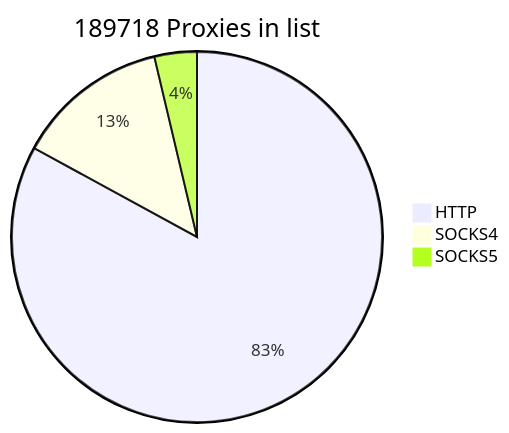
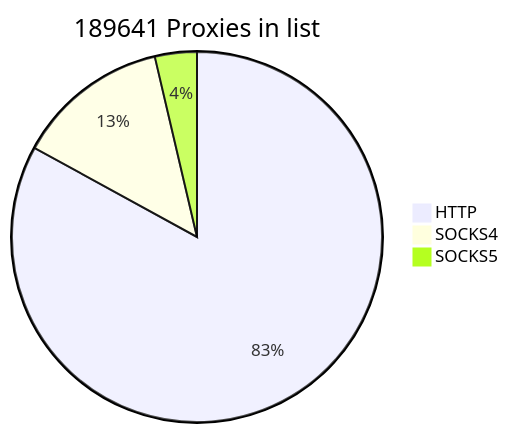
The first of 2 diagrams in README.md (cutipu/proxylist), drawn with Mermaid before and after one commit. The commit also changed other lines of this file, not shown here.

````diff
--- a/README.md
+++ b/README.md
@@ -2,7 +2,7 @@
 ```mermaid
-pie title 189718 Proxies in list
+pie title 189641 Proxies in list
     "HTTP" : 157370
     "SOCKS4" : 25332
-    "SOCKS5" : 7016
+    "SOCKS5" : 6939
             
 ```
````
